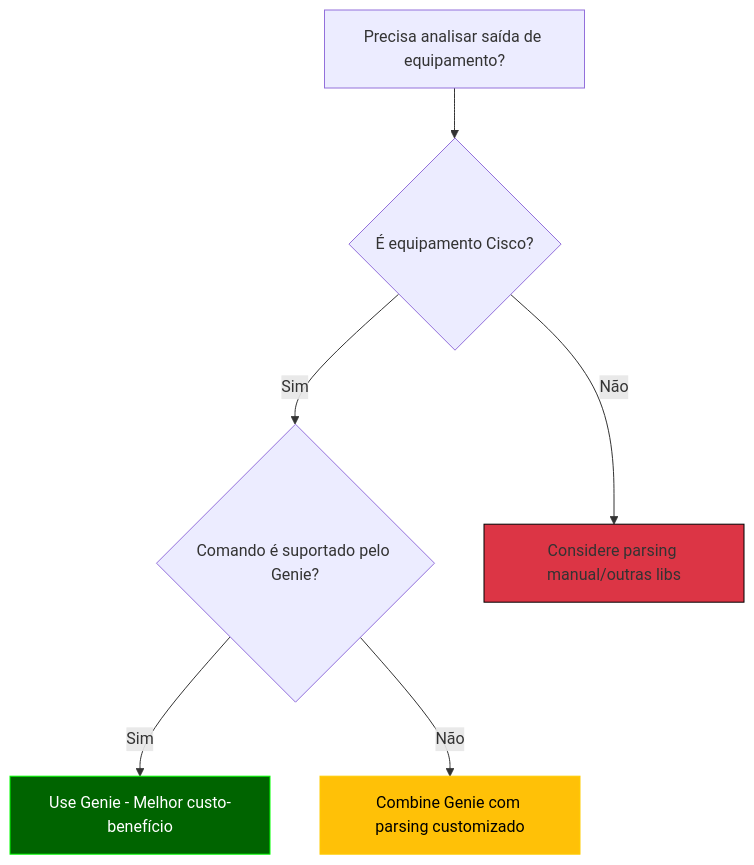
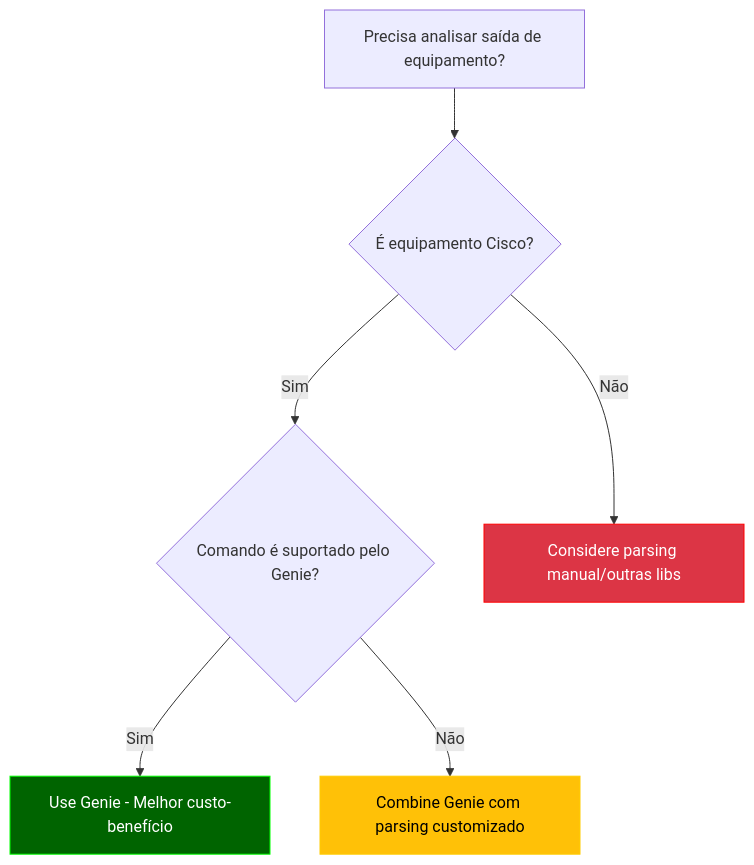
The diagram in CCNP 350-401 ENCOR/06 - Automation/19- Python - 14 - Parsing  Automatico/README.md (alcancil/Cisco), drawn with Mermaid before and after one commit. The commit also changed other lines of this file, not shown here.

````diff
--- a/CCNP 350-401 ENCOR/06 - Automation/19- Python - 14 - Parsing  Automatico/README.md
+++ b/CCNP 350-401 ENCOR/06 - Automation/19- Python - 14 - Parsing  Automatico/README.md
@@ -151,12 +150,12 @@
 ```mermaid
 flowchart TD
     A[Precisa analisar saída de equipamento?] --> B{É equipamento Cisco?}
     B -->|Sim| C{Comando é suportado pelo Genie?}
     B -->|Não| D[Considere parsing manual/outras libs]
     C -->|Sim| E[Use Genie - Melhor custo-benefício]
     C -->|Não| F[Combine Genie com parsing customizado]
     
     style E fill:#006400,stroke:#00ff00,color:#ffffff 
-    style D fill:#dc3545,stroke:#000000
+    style D fill:#dc3545,stroke:#ff0000,color:#ffffff
     style F fill:#ffc107,stroke:#ffcc00,color:#000000
 ```
````
